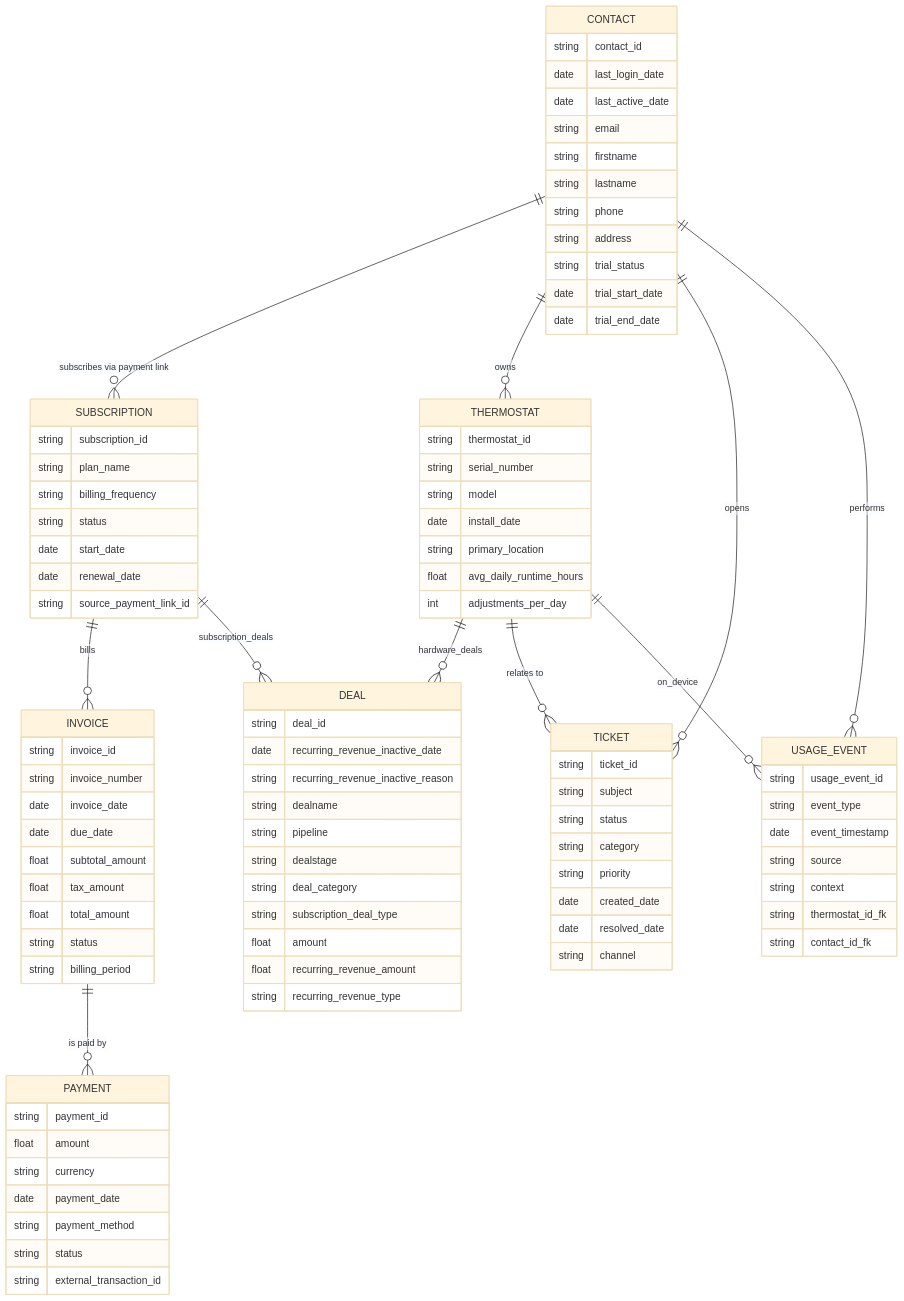
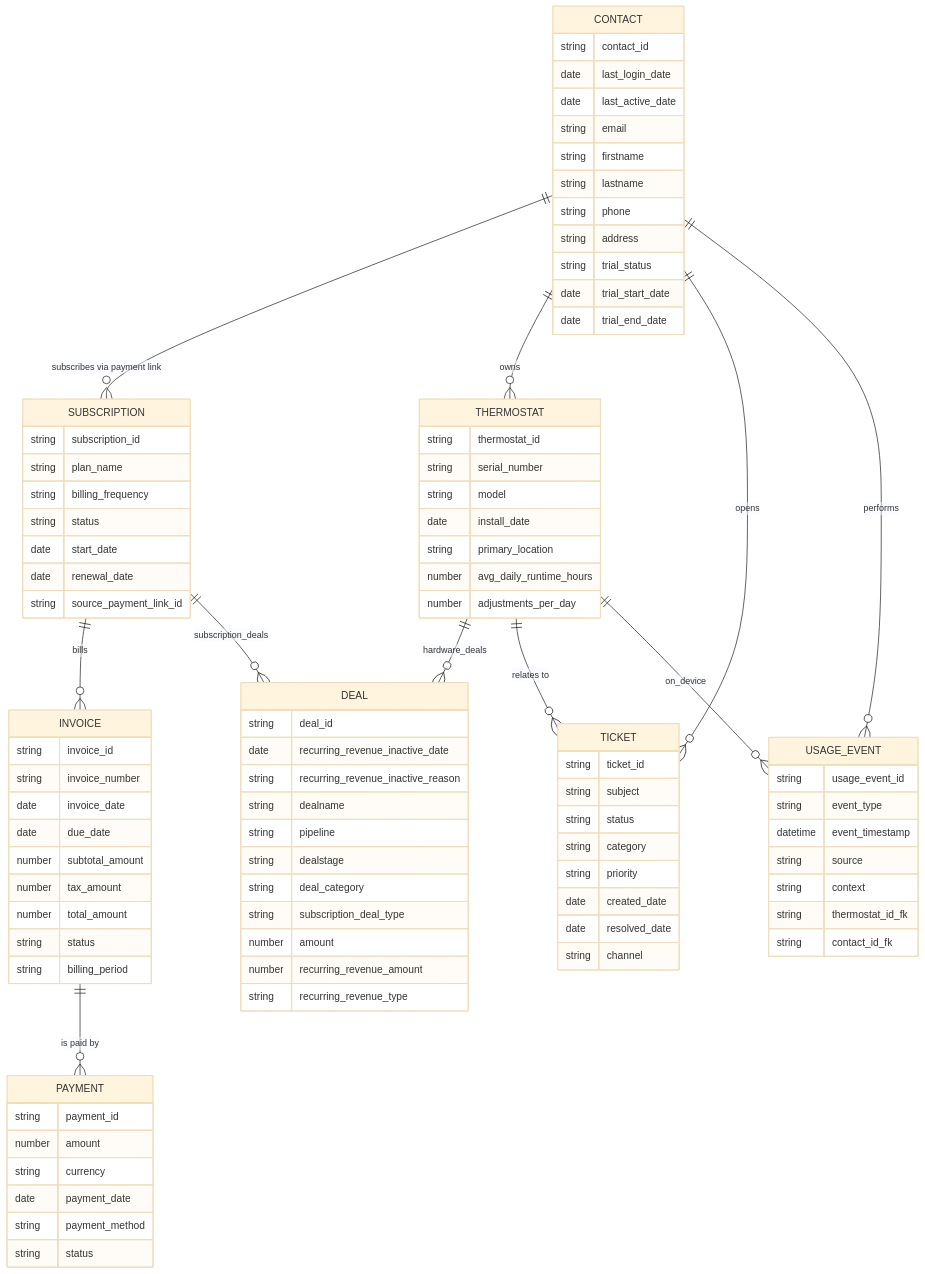
One commit to rmander-89/breezy-hubspot-sa-poc changed the diagram in README.md. Above: the diagram before and after it, drawn with Mermaid (base theme).

Commit message:
Change float types to number in README.md

```diff
--- a/README.md
+++ b/README.md
@@ -231,21 +231,20 @@
         string invoice_number
         date   invoice_date
         date   due_date
-        float  subtotal_amount
-        float  tax_amount
-        float  total_amount
+        number subtotal_amount
+        number tax_amount
+        number total_amount
         string status
         string billing_period
     }
 
     PAYMENT {
         string payment_id
-        float  amount
+        number amount
         string currency
         date   payment_date
         string payment_method
         string status
-        string external_transaction_id
     }
 
     THERMOSTAT {
@@ -254,8 +253,8 @@
         string model
         date   install_date
         string primary_location
-        float  avg_daily_runtime_hours
-        int    adjustments_per_day
+        number avg_daily_runtime_hours
+        number adjustments_per_day
     }
 
     DEAL {
@@ -267,8 +266,8 @@
         string dealstage
         string deal_category
         string subscription_deal_type
-        float  amount
-        float  recurring_revenue_amount
+        number amount
+        number recurring_revenue_amount
         string recurring_revenue_type
     }
 
@@ -286,7 +285,7 @@
     USAGE_EVENT {
         string usage_event_id
         string event_type
-        date   event_timestamp
+        datetime event_timestamp
         string source
         string context
         string thermostat_id_fk
```
